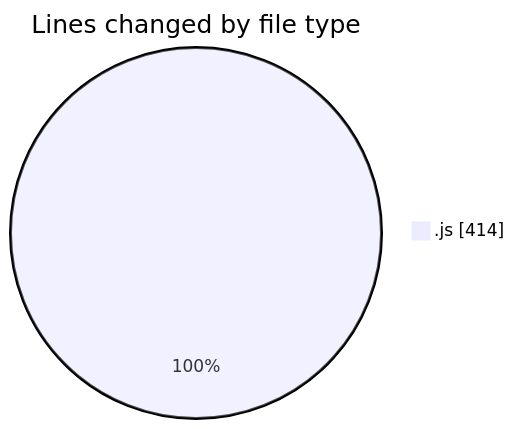
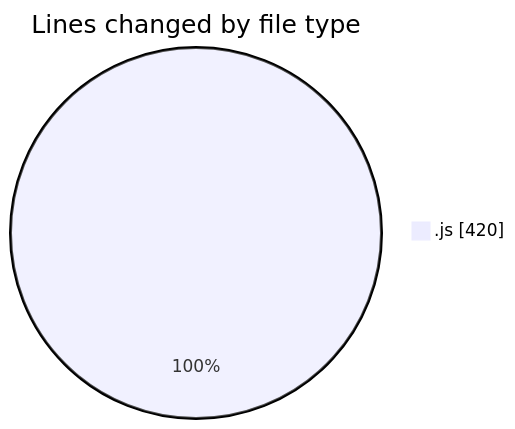
Before and after one commit to momahboobian/code-tracking: the first of 2 diagrams in 2025-02-03/cda/README.md, drawn with Mermaid. The commit also changed other lines of this file and 1 other file, not shown here.

````diff
--- a/2025-02-03/cda/README.md
+++ b/2025-02-03/cda/README.md
@@ -22,5 +22,5 @@
 ```mermaid
 pie showData
 title Lines changed by file type
-".js" : 414
+".js" : 420
 ```
````
